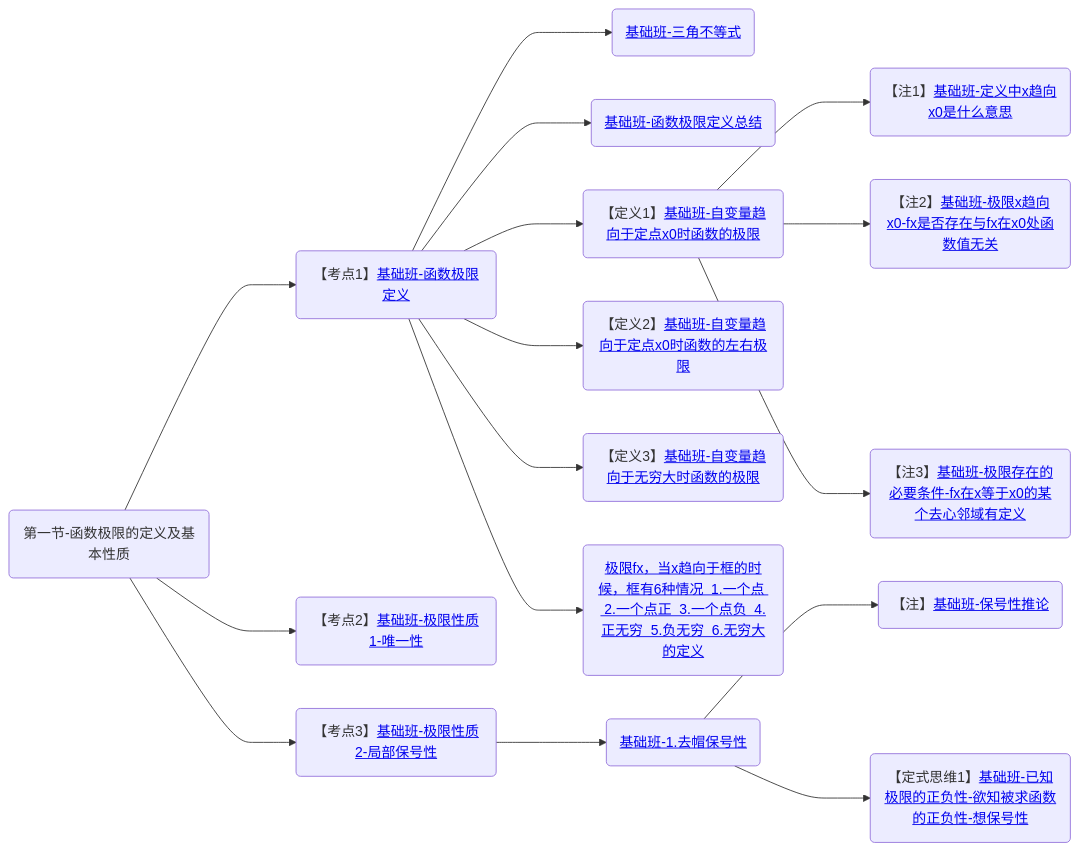
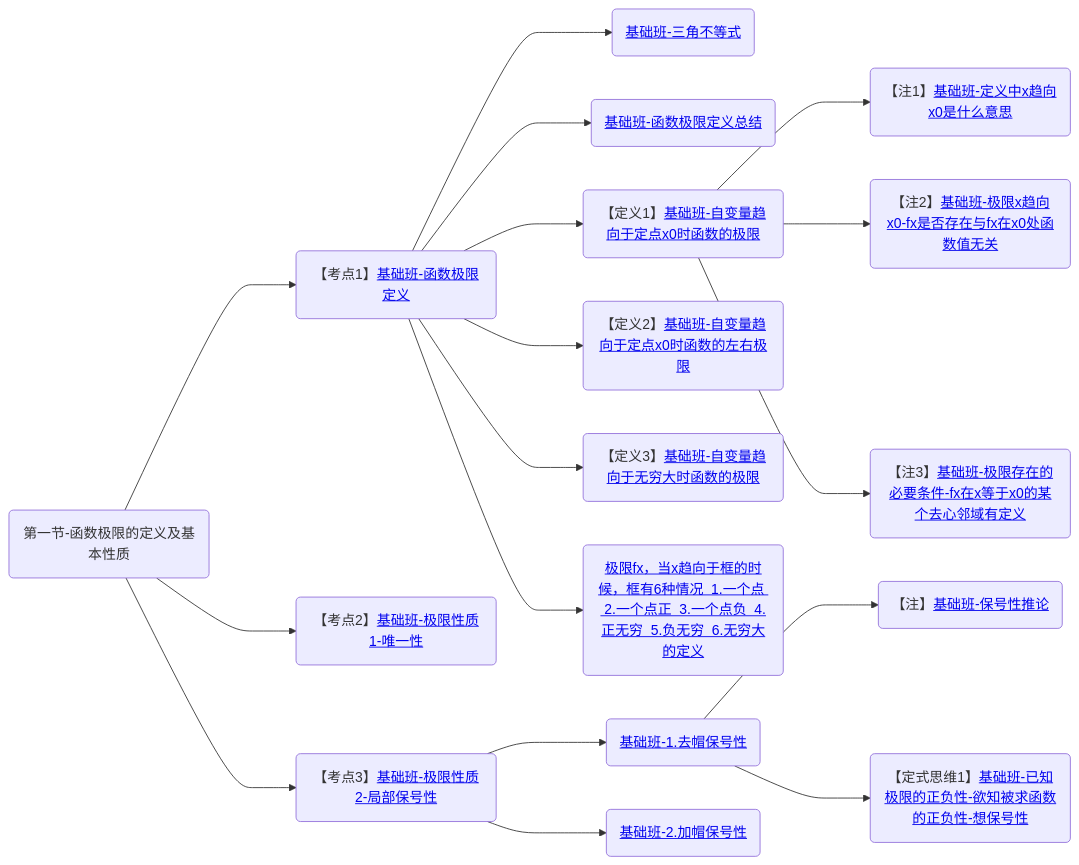
One commit to yuebinghui/note changed the diagram in 笔记/数学/周洋鑫/基础班/00.大纲.md. Above: the diagram before and after it, drawn with Mermaid. The commit also changed 9 other files, not shown here.

````diff
--- a/笔记/数学/周洋鑫/基础班/00.大纲.md
+++ b/笔记/数学/周洋鑫/基础班/00.大纲.md
@@ -1,24 +1,26 @@
 ```mermaid
 graph LR
 第一节-函数极限的定义及基本性质(第一节-函数极限的定义及基本性质)
 
 第一节-函数极限的定义及基本性质--->基础班-函数极限定义(【考点1】<a href="/Users/yuebinghui/Documents/program/github/note/笔记/数学/周洋鑫/基础班/01.函数极限的定义与性质-1.md#基础班-函数极限定义">基础班-函数极限定义</>)
 
 基础班-函数极限定义--->基础班-三角不等式(<a href="/Users/yuebinghui/Documents/program/github/note/笔记/数学/周洋鑫/基础班/01.函数极限的定义与性质-1.md#基础班-三角不等式">基础班-三角不等式</>)
 基础班-函数极限定义--->基础班-函数极限定义总结(<a href="/Users/yuebinghui/Documents/program/github/note/笔记/数学/周洋鑫/基础班/01.函数极限的定义与性质-1.md#基础班-函数极限定义总结">基础班-函数极限定义总结</>)
 基础班-函数极限定义--->基础班-自变量趋向于定点x0时函数的极限(【定义1】<a href="/Users/yuebinghui/Documents/program/github/note/笔记/数学/周洋鑫/基础班/01.函数极限的定义与性质-1.md#基础班-自变量趋向于定点x0时函数的极限">基础班-自变量趋向于定点x0时函数的极限</>)
 基础班-自变量趋向于定点x0时函数的极限--->基础班-定义中x趋向x0是什么意思(【注1】<a href="/Users/yuebinghui/Documents/program/github/note/笔记/数学/周洋鑫/基础班/01.函数极限的定义与性质-1.md#基础班-定义中x趋向x0是什么意思">基础班-定义中x趋向x0是什么意思</>)
 基础班-自变量趋向于定点x0时函数的极限--->基础班-极限x趋向x0-fx是否存在与fx在x0处函数值无关(【注2】<a href="/Users/yuebinghui/Documents/program/github/note/笔记/数学/周洋鑫/基础班/01.函数极限的定义与性质-1.md#基础班-极限x趋向x0-fx是否存在与fx在x0处函数值无关">基础班-极限x趋向x0-fx是否存在与fx在x0处函数值无关</>)
 基础班-自变量趋向于定点x0时函数的极限--->基础班-极限存在的必要条件-fx在x等于x0的某个去心邻域有定义(【注3】<a href="/Users/yuebinghui/Documents/program/github/note/笔记/数学/周洋鑫/基础班/01.函数极限的定义与性质-1.md#基础班-极限存在的必要条件-fx在x等于x0的某个去心邻域有定义">基础班-极限存在的必要条件-fx在x等于x0的某个去心邻域有定义</>)
 基础班-函数极限定义--->基础班-自变量趋向于定点x0时函数的左右极限(【定义2】<a href="/Users/yuebinghui/Documents/program/github/note/笔记/数学/周洋鑫/基础班/01.函数极限的定义与性质-1.md#基础班-自变量趋向于定点x0时函数的左右极限">基础班-自变量趋向于定点x0时函数的左右极限</>)
 基础班-函数极限定义--->基础班-自变量趋向于无穷大时函数的极限(【定义3】<a href="/Users/yuebinghui/Documents/program/github/note/笔记/数学/周洋鑫/基础班/01.函数极限的定义与性质-1.md#基础班-自变量趋向于无穷大时函数的极限">基础班-自变量趋向于无穷大时函数的极限</>)
 基础班-函数极限定义--->基础班-极限fx-x趋向于框的时候框有6种情况1.一个点2.一个点正3.一个点负4.正无穷5.负无穷6.无穷大的定义(<a href="/Users/yuebinghui/Documents/program/github/note/笔记/数学/周洋鑫/基础班/01.函数极限的定义与性质-1.md#基础班-极限fx-x趋向于框的时候框有6种情况1.一个点2.一个点正3.一个点负4.正无穷5.负无穷6.无穷大的定义">极限fx，当x趋向于框的时候，框有6种情况  1.一个点  2.一个点正  3.一个点负  4.正无穷  5.负无穷  6.无穷大的定义</>)
 
 第一节-函数极限的定义及基本性质--->基础班-极限性质1-唯一性(【考点2】<a href="/Users/yuebinghui/Documents/program/github/note/笔记/数学/周洋鑫/基础班/01.函数极限的定义与性质-1.md#基础班-极限性质1-唯一性">基础班-极限性质1-唯一性</>)
 
 第一节-函数极限的定义及基本性质--->基础班-极限性质2-局部保号性(【考点3】<a href="/Users/yuebinghui/Documents/program/github/note/笔记/数学/周洋鑫/基础班/01.函数极限的定义与性质-1.md#基础班-极限性质2-局部保号性">基础班-极限性质2-局部保号性</>)
 基础班-极限性质2-局部保号性--->基础班-1.去帽保号性(<a href="/Users/yuebinghui/Documents/program/github/note/笔记/数学/周洋鑫/基础班/01.函数极限的定义与性质-1.md#基础班-1.去帽保号性">基础班-1.去帽保号性</>)
 基础班-1.去帽保号性--->基础班-保号性推论(【注】<a href="/Users/yuebinghui/Documents/program/github/note/笔记/数学/周洋鑫/基础班/01.函数极限的定义与性质-1.md#基础班-保号性推论">基础班-保号性推论</>)
 基础班-1.去帽保号性--->基础班-已知极限的正负性-欲知被求函数的正负性-想保号性(【定式思维1】<a href="/Users/yuebinghui/Documents/program/github/note/笔记/数学/周洋鑫/基础班/01.函数极限的定义与性质-1.md#基础班-已知极限的正负性-欲知被求函数的正负性-想保号性">基础班-已知极限的正负性-欲知被求函数的正负性-想保号性</>)
 
+基础班-极限性质2-局部保号性--->基础班-加帽保号性(<a href="/Users/yuebinghui/Documents/program/github/note/笔记/数学/周洋鑫/基础班/01.函数极限的定义与性质-1.md#基础班-加帽保号性">基础班-2.加帽保号性</>)
+
 ```
````
